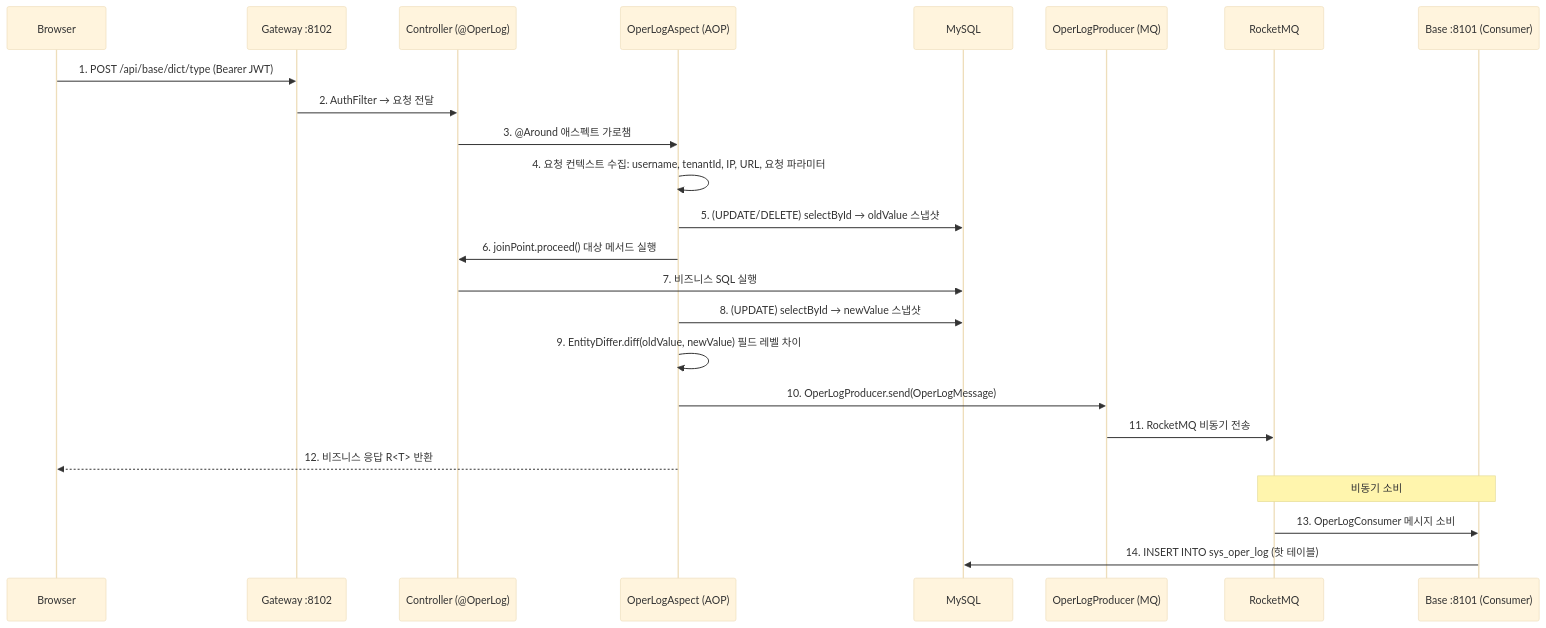
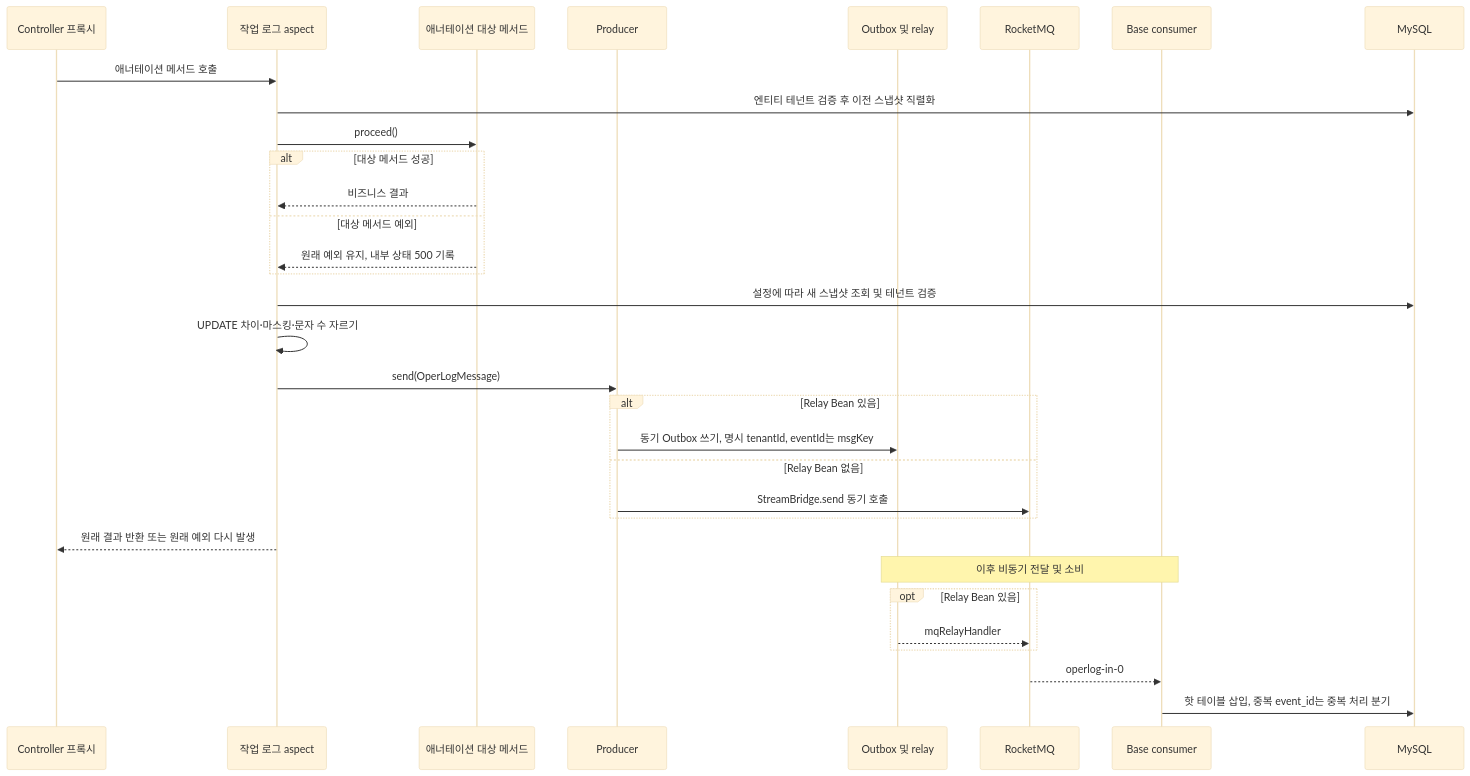
Before and after one commit to wang-baohai/Omni-Stack: the tenth of 21 diagrams in docs/core-flows.kr.md, drawn with Mermaid (base theme). The commit also changed other lines of this file and 1095 other files, not shown here.

````diff
--- a/docs/core-flows.kr.md
+++ b/docs/core-flows.kr.md
@@ -1213,28 +932,34 @@
 ```mermaid
 sequenceDiagram
-    participant B as Browser
-    participant G as Gateway :8102
-    participant C as Controller (@OperLog)
-    participant A as OperLogAspect (AOP)
-    participant M as MySQL
-    participant P as OperLogProducer (MQ)
+    participant C as Controller 프록시
+    participant A as 작업 로그 aspect
+    participant T as 애너테이션 대상 메서드
+    participant P as Producer
+    participant O as Outbox 및 relay
     participant Q as RocketMQ
-    participant Base as Base :8101 (Consumer)
-
-    B->>G: 1. POST /api/base/dict/type (Bearer JWT)
-    G->>C: 2. AuthFilter → 요청 전달
-    C->>A: 3. @Around 애스펙트 가로챔
-    A->>A: 4. 요청 컨텍스트 수집: username, tenantId, IP, URL, 요청 파라미터
-    A->>M: 5. (UPDATE/DELETE) selectById → oldValue 스냅샷
-    A->>C: 6. joinPoint.proceed() 대상 메서드 실행
-    C->>M: 7. 비즈니스 SQL 실행
-    A->>M: 8. (UPDATE) selectById → newValue 스냅샷
-    A->>A: 9. EntityDiffer.diff(oldValue, newValue) 필드 레벨 차이
-    A->>P: 10. OperLogProducer.send(OperLogMessage)
-    P->>Q: 11. RocketMQ 비동기 전송
-    A-->>B: 12. 비즈니스 응답 R<T> 반환
-
-    Note over Q,Base: 비동기 소비
-    Q->>Base: 13. OperLogConsumer 메시지 소비
-    Base->>M: 14. INSERT INTO sys_oper_log (핫 테이블)
+    participant B as Base consumer
+    participant D as MySQL
+    C->>A: 애너테이션 메서드 호출
+    A->>D: 엔티티 테넌트 검증 후 이전 스냅샷 직렬화
+    A->>T: proceed()
+    alt 대상 메서드 성공
+        T-->>A: 비즈니스 결과
+    else 대상 메서드 예외
+        T-->>A: 원래 예외 유지, 내부 상태 500 기록
+    end
+    A->>D: 설정에 따라 새 스냅샷 조회 및 테넌트 검증
+    A->>A: UPDATE 차이·마스킹·문자 수 자르기
+    A->>P: send(OperLogMessage)
+    alt Relay Bean 있음
+        P->>O: 동기 Outbox 쓰기, 명시 tenantId, eventId는 msgKey
+    else Relay Bean 없음
+        P->>Q: StreamBridge.send 동기 호출
+    end
+    A-->>C: 원래 결과 반환 또는 원래 예외 다시 발생
+    Note over O,B: 이후 비동기 전달 및 소비
+    opt Relay Bean 있음
+        O-->>Q: mqRelayHandler
+    end
+    Q-->>B: operlog-in-0
+    B->>D: 핫 테이블 삽입, 중복 event_id는 중복 처리 분기
 ```
````
